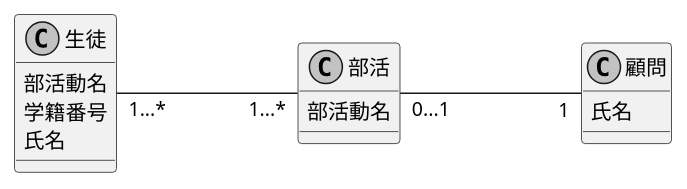
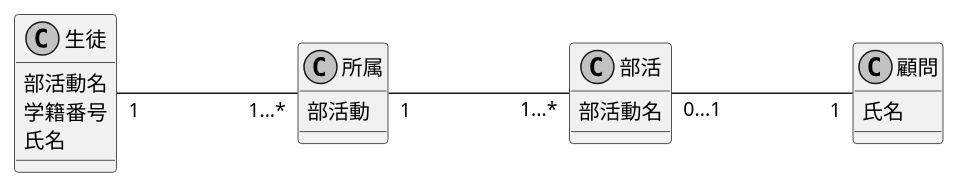
The diagram in kengo/class_manytomany.pu (HazeyamaLab/practiceGit2022), drawn with PlantUML before and after one commit.

Commit message:
多対多の関係を考慮しました

```diff
--- a/kengo/class_manytomany.pu
+++ b/kengo/class_manytomany.pu
@@ -1,28 +1,35 @@
 @startuml class_diagram
 ' 多対多のクラス図の例
 
 skinparam monochrome true
 skinparam shadowing false
 
 ' クラスを定義
 class 生徒{
     部活動名
     学籍番号
     氏名
 }
 
+
+class 所属{
+    部活動
+}
+
+
 class 部活{
     部活動名
 }
 
 class 顧問{
     氏名
 }
 
 ' 関係を定義 
 left to right direction
-生徒 "1...*" --- "1...*" 部活
+生徒 "1" --- "1...*" 所属
+所属 "1" --- "1...*" 部活
 部活 "0...1" --- "1" 顧問
 
 ' umlの終了を宣言
 @enduml
```
